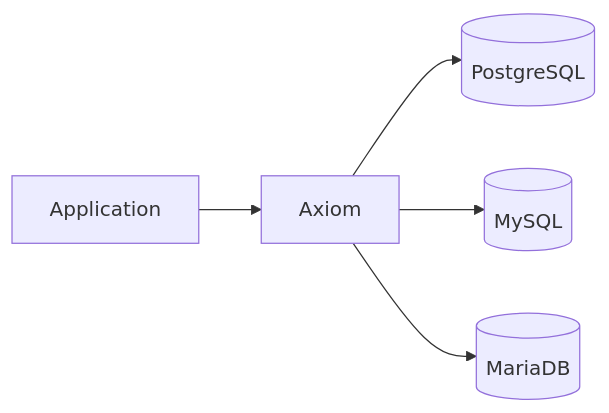
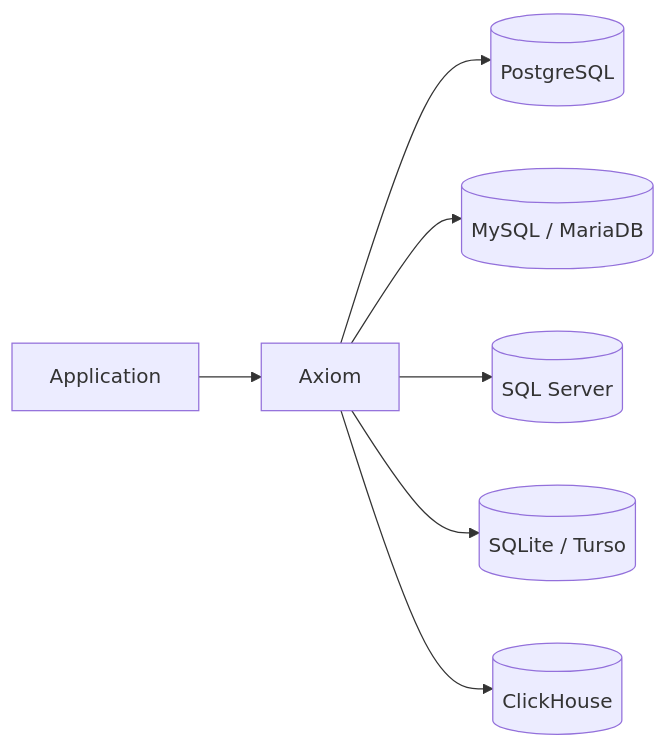
Before and after one commit to toxichome-whoami/axiom: the second of 4 diagrams in README.md, drawn with Mermaid. The commit also changed other lines of this file and 19 other files, not shown here.

````diff
--- a/README.md
+++ b/README.md
@@ -70,7 +72,9 @@
 ```mermaid
 flowchart LR
     App["Application"] --> Axiom["Axiom"]
     Axiom --> PG[("PostgreSQL")]
-    Axiom --> MY[("MySQL")]
-    Axiom --> MA[("MariaDB")]
+    Axiom --> MY[("MySQL / MariaDB")]
+    Axiom --> MS[("SQL Server")]
+    Axiom --> SL[("SQLite / Turso")]
+    Axiom --> CH[("ClickHouse")]
 ```
````
